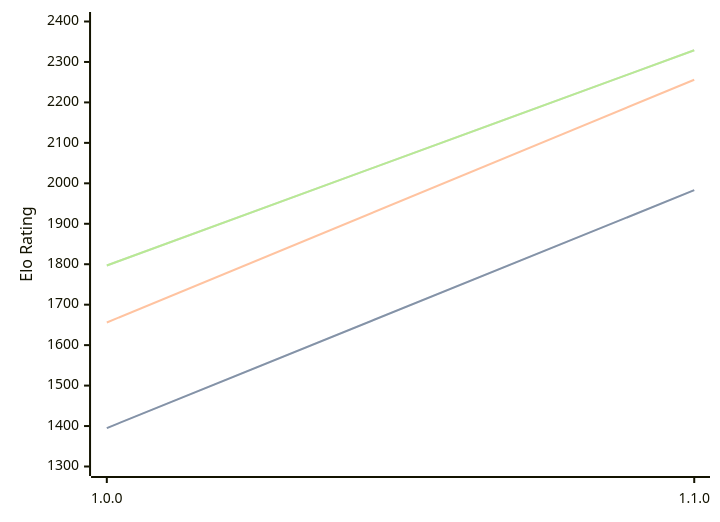
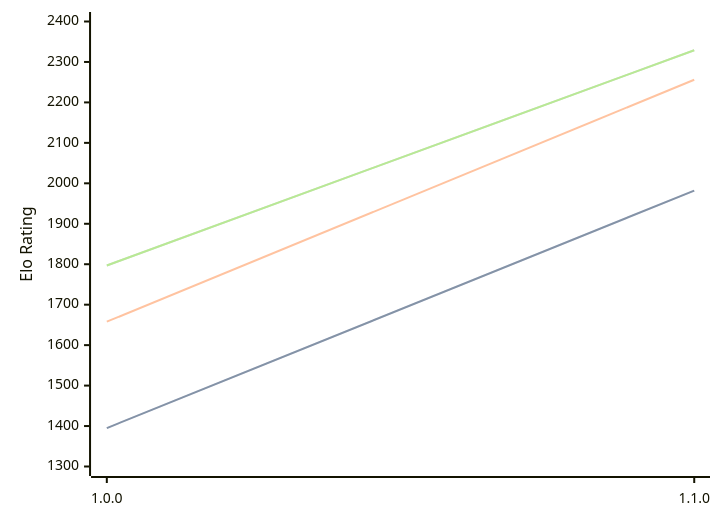
The diagram in engines/Akerbeltz.md (computer-chess-index/cci), drawn with Mermaid before and after one commit. The commit also changed other lines of this file, not shown here.

````diff
--- a/engines/Akerbeltz.md
+++ b/engines/Akerbeltz.md
@@ -32,11 +32,11 @@
 ```mermaid
 %%{init: {"theme":"base","themeVariables":{"seriesColors:['#a3a3a3','#222221','#faa371']}}}%%
 xychart-beta
   x-axis ["1.0.0", "1.1.0"]
   y-axis "Elo Rating" 1300 --> 2400
-  line "STC (8.0+0.08s)" [1395, 1983]
-  line "STC (8.0+0.08s)" [1395, 1983]
-  line "LTC (60.0+0.60s)" [1656, 2256]
+  line "STC (8.0+0.08s)" [1395, 1982]
+  line "STC (8.0+0.08s)" [1395, 1982]
+  line "LTC (60.0+0.60s)" [1658, 2256]
   line "VLTC (2m24s+1.12s)" [1797, 2329]
   line "VLTC (2m24s+1.12s)" [1797, 2329]
 ```
````
